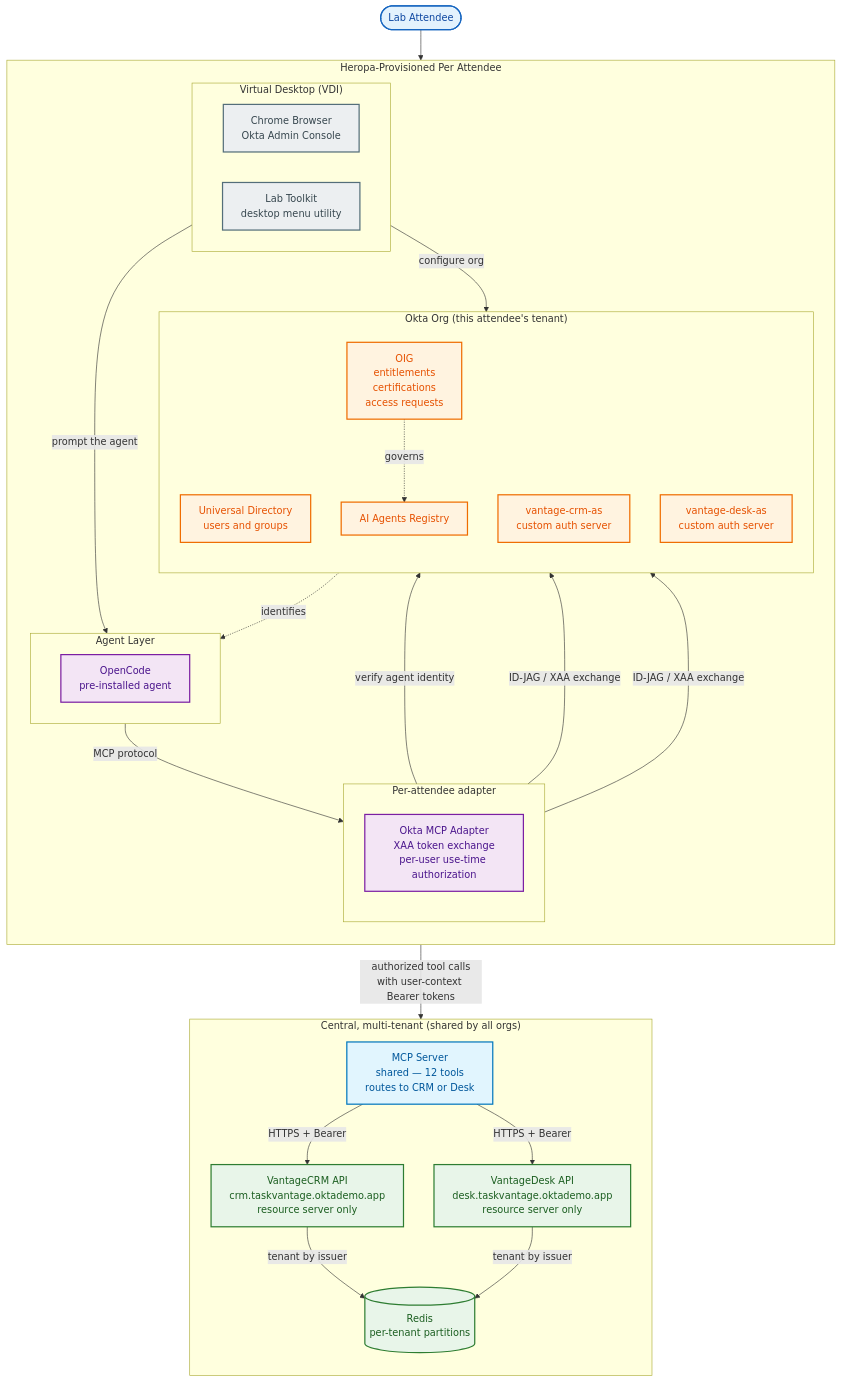
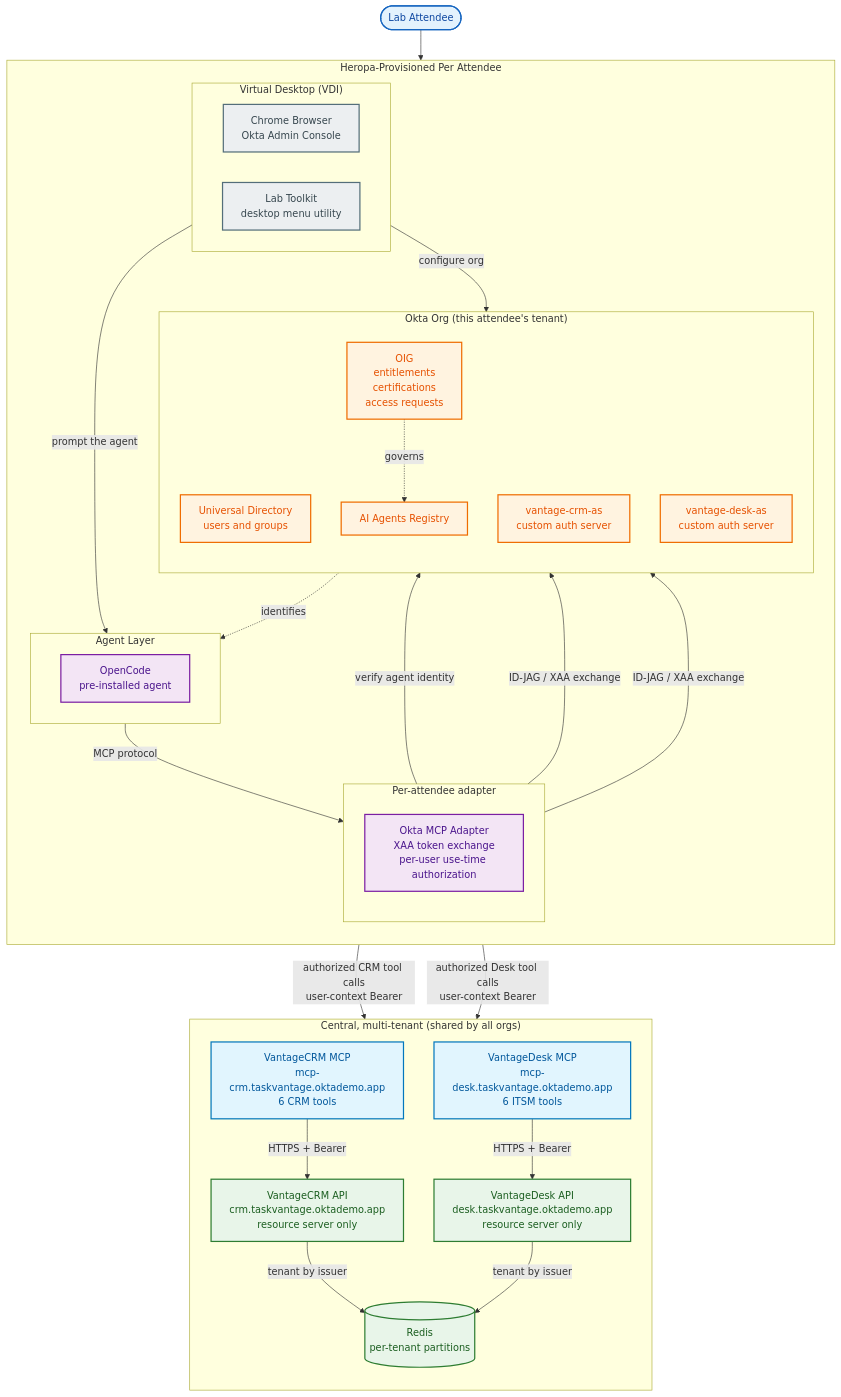
One commit to joevanhorn/04aa-tech-camp changed the diagram in lab-architecture.md. Above: the diagram before and after it, drawn with Mermaid. The commit also changed other lines of this file and 2 other files, not shown here.

First line of the commit message:
docs(o4aa): reframe MCP as two per-app servers (mcp-crm / mcp-desk)

````diff
--- a/lab-architecture.md
+++ b/lab-architecture.md
@@ -18,72 +19,74 @@
 ```mermaid
 flowchart TB
     User([Lab Attendee])
 
     subgraph Heropa["Heropa-Provisioned Per Attendee"]
         direction TB
 
         subgraph VDI["Virtual Desktop (VDI)"]
             direction LR
             Browser[Chrome Browser<br>Okta Admin Console]
             Toolkit[Lab Toolkit<br>desktop menu utility]
         end
 
         subgraph AgentLayer["Agent Layer"]
             direction LR
             OpenCode[OpenCode<br>pre-installed agent]
         end
 
         subgraph Edge["Per-attendee adapter"]
             direction TB
             Adapter[Okta MCP Adapter<br>XAA token exchange<br>per-user use-time authorization]
         end
 
         subgraph Okta["Okta Org (this attendee's tenant)"]
             direction TB
             UD[Universal Directory<br>users and groups]
             AIRegistry[AI Agents Registry]
             CRMAS[vantage-crm-as<br>custom auth server]
             DeskAS[vantage-desk-as<br>custom auth server]
             OIG[OIG<br>entitlements<br>certifications<br>access requests]
         end
     end
 
     subgraph Central["Central, multi-tenant (shared by all orgs)"]
         direction TB
-        MCP[MCP Server<br>shared — 12 tools<br>routes to CRM or Desk]
+        McpCrm[VantageCRM MCP<br>mcp-crm.taskvantage.oktademo.app<br>6 CRM tools]
+        McpDesk[VantageDesk MCP<br>mcp-desk.taskvantage.oktademo.app<br>6 ITSM tools]
         CRM[VantageCRM API<br>crm.taskvantage.oktademo.app<br>resource server only]
         Desk[VantageDesk API<br>desk.taskvantage.oktademo.app<br>resource server only]
         Redis[(Redis<br>per-tenant partitions)]
     end
 
     User --> Browser
     Browser -->|configure org| Okta
     Browser -->|prompt the agent| AgentLayer
 
     AgentLayer -->|MCP protocol| Adapter
     Adapter -->|verify agent identity| AIRegistry
     Adapter -->|ID-JAG / XAA exchange| CRMAS
     Adapter -->|ID-JAG / XAA exchange| DeskAS
-    Adapter -->|authorized tool calls<br>with user-context Bearer tokens| MCP
-    MCP -->|HTTPS + Bearer| CRM
-    MCP -->|HTTPS + Bearer| Desk
+    Adapter -->|authorized CRM tool calls<br>user-context Bearer| McpCrm
+    Adapter -->|authorized Desk tool calls<br>user-context Bearer| McpDesk
+    McpCrm -->|HTTPS + Bearer| CRM
+    McpDesk -->|HTTPS + Bearer| Desk
     CRM -->|tenant by issuer| Redis
     Desk -->|tenant by issuer| Redis
 
     OIG -.governs.-> AIRegistry
     AIRegistry -.identifies.-> AgentLayer
 
     classDef trigger fill:#e3f2fd,stroke:#1565c0,stroke-width:2px,color:#0d47a1
     classDef infra fill:#eceff1,stroke:#546e7a,stroke-width:2px,color:#37474f
     classDef oktaCore fill:#fff3e0,stroke:#ef6c00,stroke-width:2px,color:#e65100
     classDef workflow fill:#f3e5f5,stroke:#7b1fa2,stroke-width:2px,color:#4a148c
     classDef action fill:#e1f5fe,stroke:#0277bd,stroke-width:2px,color:#01579b
     classDef governance fill:#e8f5e9,stroke:#2e7d32,stroke-width:2px,color:#1b5e20
 
     class User trigger
     class Browser,Toolkit infra
     class OpenCode,Adapter workflow
-    class MCP action
+    class McpCrm,McpDesk action
     class CRM,Desk,Redis governance
     class UD,AIRegistry,CRMAS,DeskAS,OIG oktaCore
 ```
````
